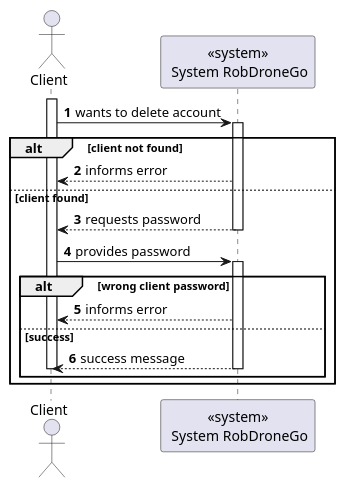
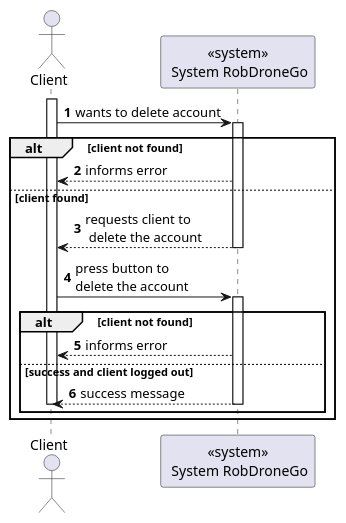
Before and after one commit to Departamento-de-Engenharia-Informatica/lapr5-23-24-g19: the diagram in docs/us120/level1/process-view.puml, drawn with PlantUML. The commit also changed 7 other files, not shown here.

```diff
--- a/docs/us120/level1/process-view.puml
+++ b/docs/us120/level1/process-view.puml
@@ -1,28 +1,28 @@
 @startuml
 autonumber
 
 actor "Client" as usr
 
 participant "<<system>>\n System RobDroneGo" as sys
 
 activate usr
     usr -> sys : wants to delete account
     activate sys
 alt client not found
         sys --> usr : informs error
 else client found
-        sys --> usr : requests password
+        sys --> usr : requests client to\n delete the account
     deactivate sys
 
-    usr -> sys : provides password
+    usr -> sys : press button to \ndelete the account
     activate sys
-alt wrong client password
+alt client not found
         sys --> usr : informs error
-else success
+else success and client logged out
         sys --> usr : success message
     deactivate sys
 deactivate usr
 end
 end
 
 @enduml
```
